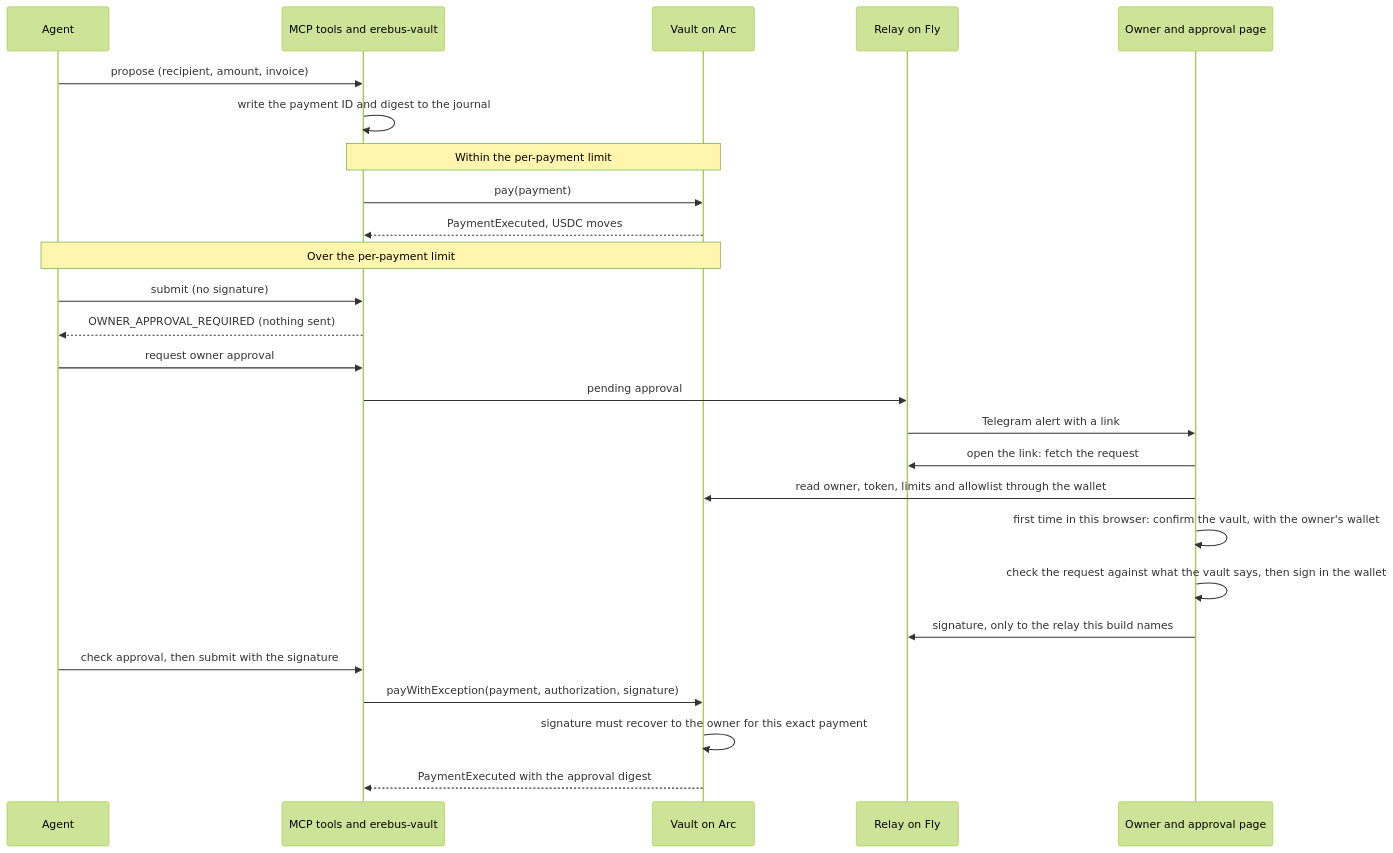
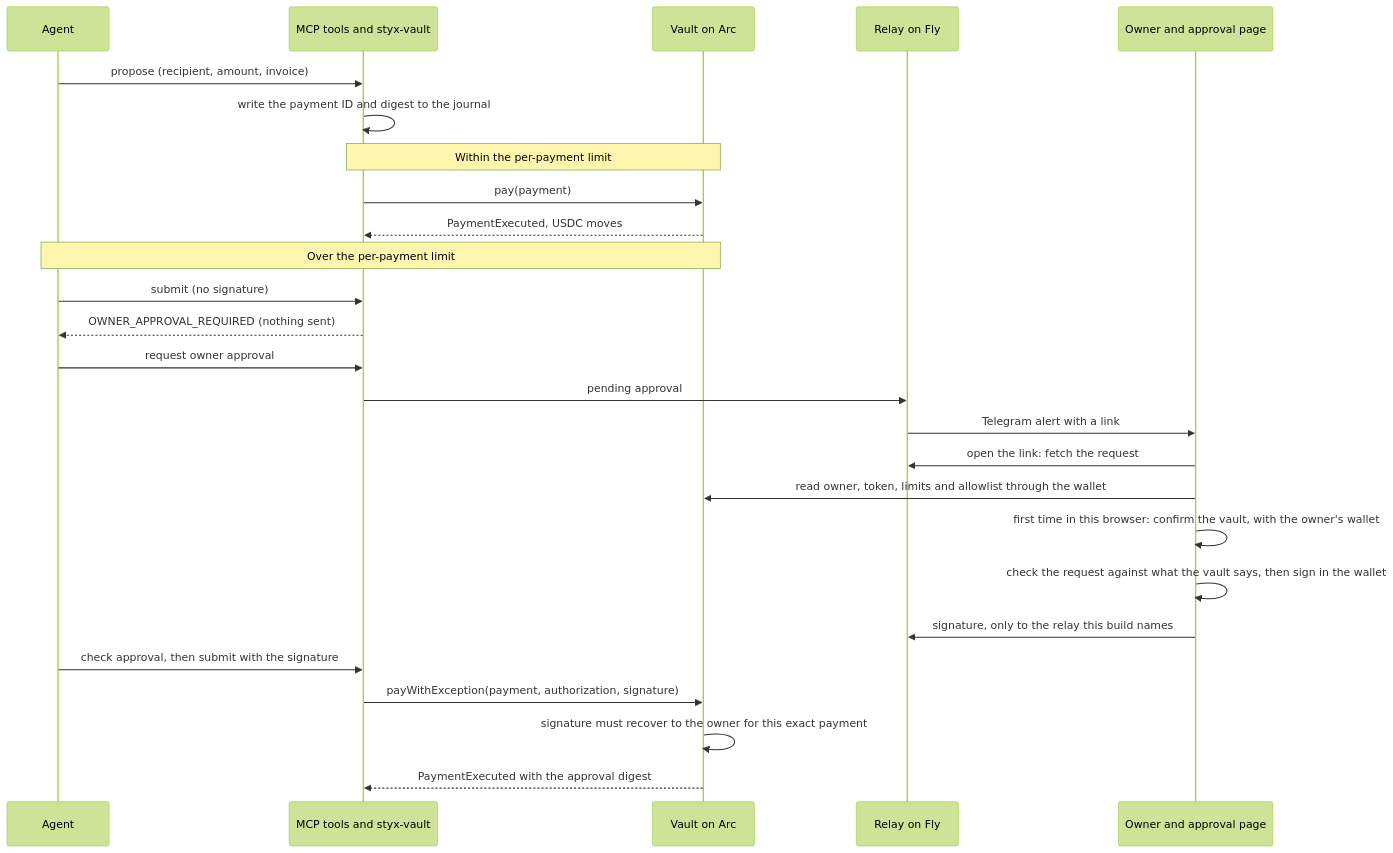
The second of 2 diagrams in docs/mumbai/ARCHITECTURE.md (PoulavBhowmick03/Styx), drawn with Mermaid (forest theme) before and after one commit. The commit also changed other lines of this file and 281 other files, not shown here.

````diff
--- a/docs/mumbai/ARCHITECTURE.md
+++ b/docs/mumbai/ARCHITECTURE.md
@@ -70,29 +70,29 @@
 ```mermaid
 sequenceDiagram
   participant A as Agent
-  participant M as MCP tools and erebus-vault
+  participant M as MCP tools and styx-vault
   participant V as Vault on Arc
   participant R as Relay on Fly
   participant O as Owner and approval page
 
   A->>M: propose (recipient, amount, invoice)
   M->>M: write the payment ID and digest to the journal
   Note over M,V: Within the per-payment limit
   M->>V: pay(payment)
   V-->>M: PaymentExecuted, USDC moves
   Note over A,V: Over the per-payment limit
   A->>M: submit (no signature)
   M-->>A: OWNER_APPROVAL_REQUIRED (nothing sent)
   A->>M: request owner approval
   M->>R: pending approval
   R->>O: Telegram alert with a link
   O->>R: open the link: fetch the request
   O->>V: read owner, token, limits and allowlist through the wallet
   O->>O: first time in this browser: confirm the vault, with the owner's wallet
   O->>O: check the request against what the vault says, then sign in the wallet
   O->>R: signature, only to the relay this build names
   A->>M: check approval, then submit with the signature
   M->>V: payWithException(payment, authorization, signature)
   V->>V: signature must recover to the owner for this exact payment
   V-->>M: PaymentExecuted with the approval digest
 ```
````
